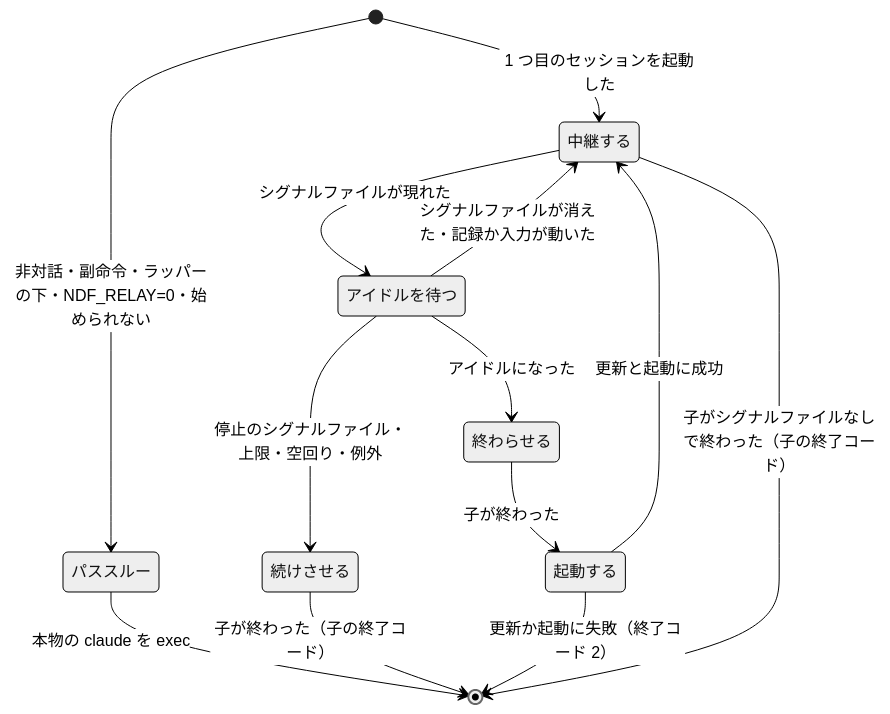
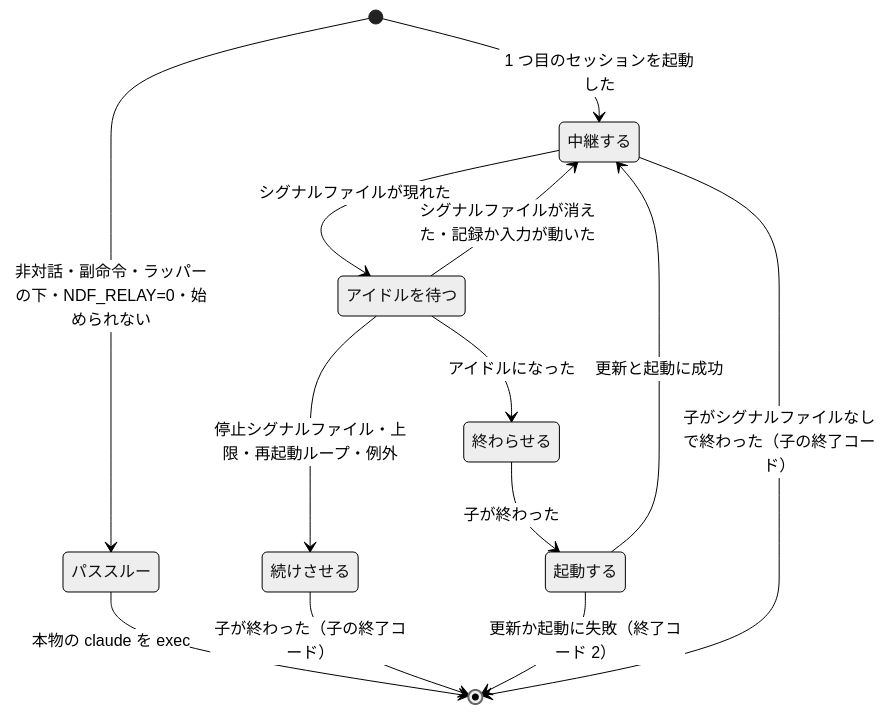
Before and after one commit to devbasex/ai-plugins: the second of 2 diagrams in docs/specifications/ndf-relay-segment-restart.md, drawn with Mermaid (neutral theme). The commit also changed other lines of this file, not shown here.

````diff
--- a/docs/specifications/ndf-relay-segment-restart.md
+++ b/docs/specifications/ndf-relay-segment-restart.md
@@ -210,15 +210,15 @@
 ```mermaid
 stateDiagram-v2
     [*] --> パススルー: 非対話・副命令・ラッパーの下・NDF_RELAY=0・始められない
     パススルー --> [*]: 本物の claude を exec
     [*] --> 中継する: 1 つ目のセッションを起動した
     中継する --> アイドルを待つ: シグナルファイルが現れた
     アイドルを待つ --> 中継する: シグナルファイルが消えた・記録か入力が動いた
-    アイドルを待つ --> 続けさせる: 停止のシグナルファイル・上限・空回り・例外
+    アイドルを待つ --> 続けさせる: 停止シグナルファイル・上限・再起動ループ・例外
     アイドルを待つ --> 終わらせる: アイドルになった
     続けさせる --> [*]: 子が終わった（子の終了コード）
     終わらせる --> 起動する: 子が終わった
     起動する --> 中継する: 更新と起動に成功
     起動する --> [*]: 更新か起動に失敗（終了コード 2）
     中継する --> [*]: 子がシグナルファイルなしで終わった（子の終了コード）
 ```
````
